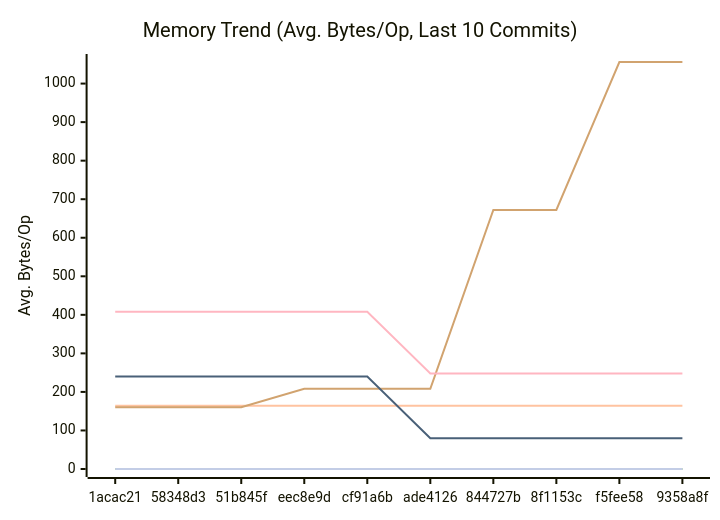
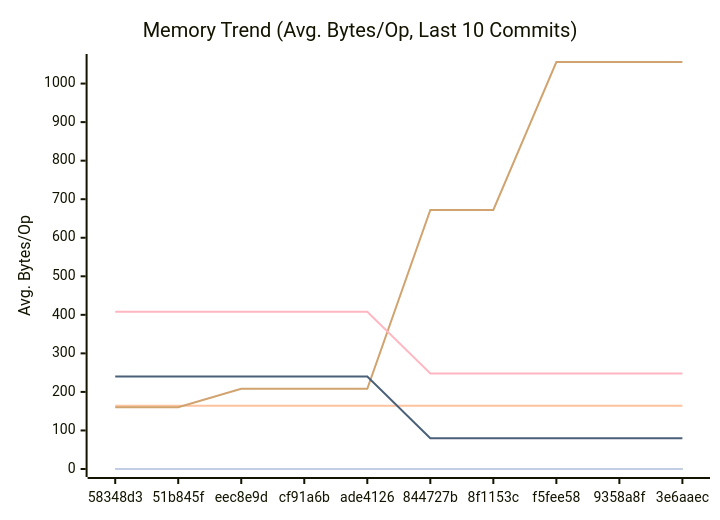
The second of 3 diagrams in docs/PERFORMANCE.md (alsotoes/momo), drawn with Mermaid before and after one commit. The commit also changed other lines of this file and 13 other files, not shown here.

````diff
--- a/docs/PERFORMANCE.md
+++ b/docs/PERFORMANCE.md
@@ -97,16 +97,16 @@
 ```mermaid
 xychart-beta
     title "Memory Trend (Avg. Bytes/Op, Last 10 Commits)"
     x-axis "Commit"
     y-axis "Avg. Bytes/Op"
-    x-axis [1acac21,58348d3,51b845f,eec8e9d,cf91a6b,ade4126,844727b,8f1153c,f5fee58,9358a8f]
+    x-axis [58348d3,51b845f,eec8e9d,cf91a6b,ade4126,844727b,8f1153c,f5fee58,9358a8f,3e6aaec]
     line "CheckMetricsAndSwap" [0,0,0,0,0,0,0,0,0,0]
     line "CrushOptimized" [0,0,0,0,0,0,0,0,0,0]
     line "CrushOriginal" [164,164,164,164,164,164,164,164,164,164]
     line "IndexDirectTracking" [0,0,0,0,0,0,0,0,0,0]
     line "IndexSearch" [0,0,0,0,0,0,0,0,0,0]
-    line "LoadGlobalConfig" [160,160,160,208,208,208,672,672,1056,1056]
+    line "LoadGlobalConfig" [160,160,208,208,208,672,672,1056,1056,1056]
     line "PadString" [0,0,0,0,0,0,0,0,0,0]
     line "ParseReplicationOrder_NoPrealloc" [408,408,408,408,408,248,248,248,248,248]
     line "ParseReplicationOrder_Prealloc" [240,240,240,240,240,80,80,80,80,80]
 ```
````
